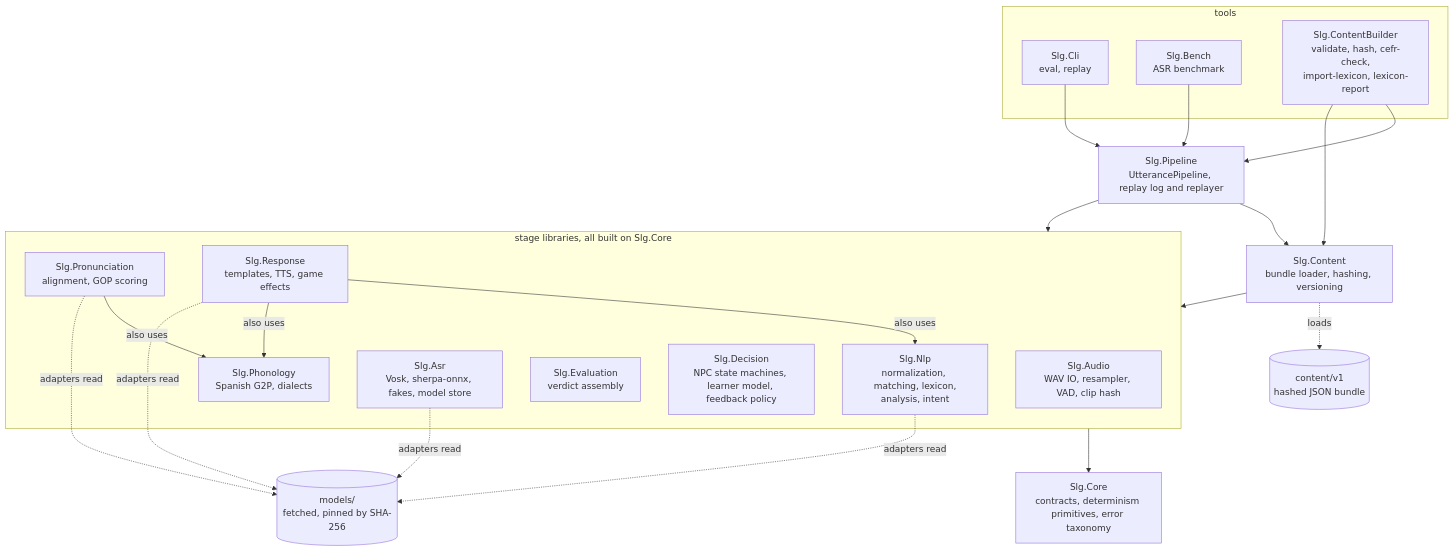
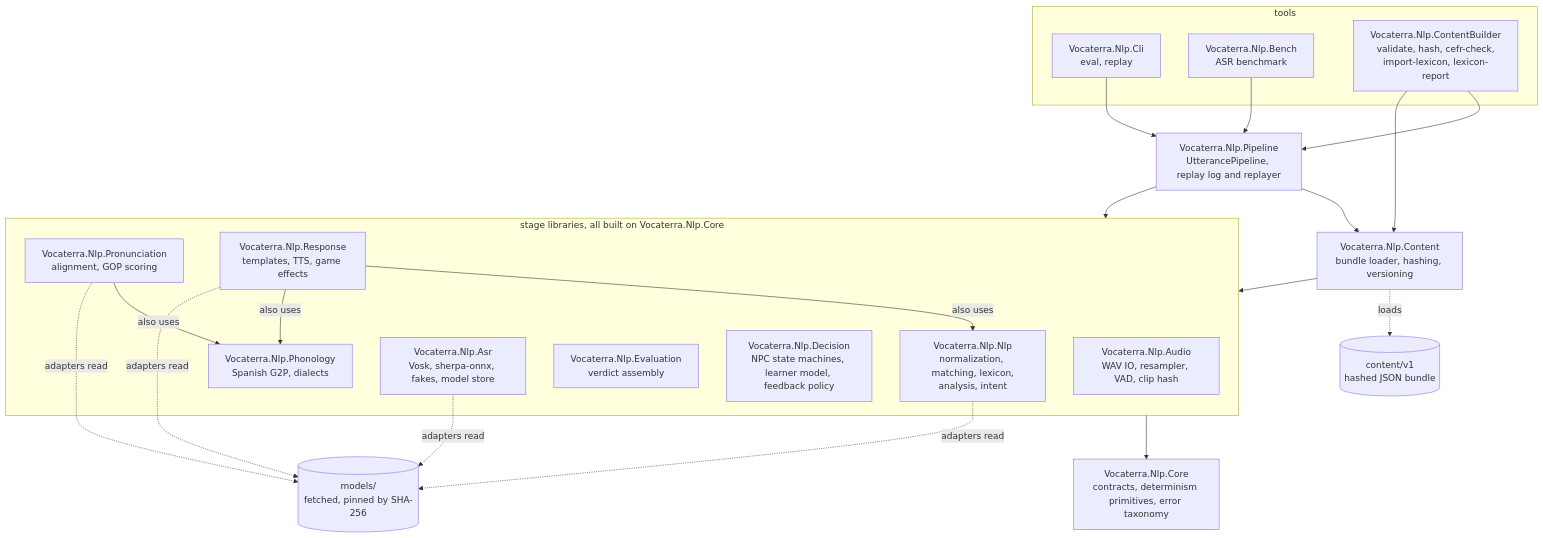
One commit to james-d12/Vocaterra changed the diagram in nlp/README.md. Above: the diagram before and after it, drawn with Mermaid. The commit also changed other lines of this file and 910 other files, not shown here.

````diff
--- a/nlp/README.md
+++ b/nlp/README.md
@@ -11,40 +11,40 @@
 ```mermaid
 flowchart TD
     subgraph TOOLS[tools]
-        CLI[Slg.Cli<br/>eval, replay]
-        BENCH[Slg.Bench<br/>ASR benchmark]
-        BUILDER[Slg.ContentBuilder<br/>validate, hash, cefr-check,<br/>import-lexicon, lexicon-report]
+        CLI[Vocaterra.Nlp.Cli<br/>eval, replay]
+        BENCH[Vocaterra.Nlp.Bench<br/>ASR benchmark]
+        BUILDER[Vocaterra.Nlp.ContentBuilder<br/>validate, hash, cefr-check,<br/>import-lexicon, lexicon-report]
     end
-    PIPE[Slg.Pipeline<br/>UtterancePipeline, replay log and replayer]
-    CONTENT[Slg.Content<br/>bundle loader, hashing, versioning]
-    subgraph STAGES[stage libraries, all built on Slg.Core]
-        AUDIO[Slg.Audio<br/>WAV IO, resampler, VAD, clip hash]
-        PHON[Slg.Phonology<br/>Spanish G2P, dialects]
-        NLP[Slg.Nlp<br/>normalization, matching, lexicon,<br/>analysis, intent]
-        PRON[Slg.Pronunciation<br/>alignment, GOP scoring]
-        ASR[Slg.Asr<br/>Vosk, sherpa-onnx, fakes, model store]
-        EVAL[Slg.Evaluation<br/>verdict assembly]
-        DEC[Slg.Decision<br/>NPC state machines, learner model, feedback policy]
-        RESP[Slg.Response<br/>templates, TTS, game effects]
+    PIPE[Vocaterra.Nlp.Pipeline<br/>UtterancePipeline, replay log and replayer]
+    CONTENT[Vocaterra.Nlp.Content<br/>bundle loader, hashing, versioning]
+    subgraph STAGES[stage libraries, all built on Vocaterra.Nlp.Core]
+        AUDIO[Vocaterra.Nlp.Audio<br/>WAV IO, resampler, VAD, clip hash]
+        PHON[Vocaterra.Nlp.Phonology<br/>Spanish G2P, dialects]
+        NLP[Vocaterra.Nlp.Nlp<br/>normalization, matching, lexicon,<br/>analysis, intent]
+        PRON[Vocaterra.Nlp.Pronunciation<br/>alignment, GOP scoring]
+        ASR[Vocaterra.Nlp.Asr<br/>Vosk, sherpa-onnx, fakes, model store]
+        EVAL[Vocaterra.Nlp.Evaluation<br/>verdict assembly]
+        DEC[Vocaterra.Nlp.Decision<br/>NPC state machines, learner model, feedback policy]
+        RESP[Vocaterra.Nlp.Response<br/>templates, TTS, game effects]
     end
-    CORE[Slg.Core<br/>contracts, determinism primitives, error taxonomy]
+    CORE[Vocaterra.Nlp.Core<br/>contracts, determinism primitives, error taxonomy]
     BUNDLE[(content/v1<br/>hashed JSON bundle)]
     MODELS[(models/<br/>fetched, pinned by SHA-256)]
 
     CLI --> PIPE
     BENCH --> PIPE
     BUILDER --> PIPE
     BUILDER --> CONTENT
     PIPE --> CONTENT
     PIPE --> STAGES
     CONTENT --> STAGES
     STAGES --> CORE
     PRON -->|also uses| PHON
     RESP -->|also uses| NLP
     RESP -->|also uses| PHON
     CONTENT -.->|loads| BUNDLE
     ASR -.->|adapters read| MODELS
     PRON -.->|adapters read| MODELS
     NLP -.->|adapters read| MODELS
     RESP -.->|adapters read| MODELS
 ```
````
